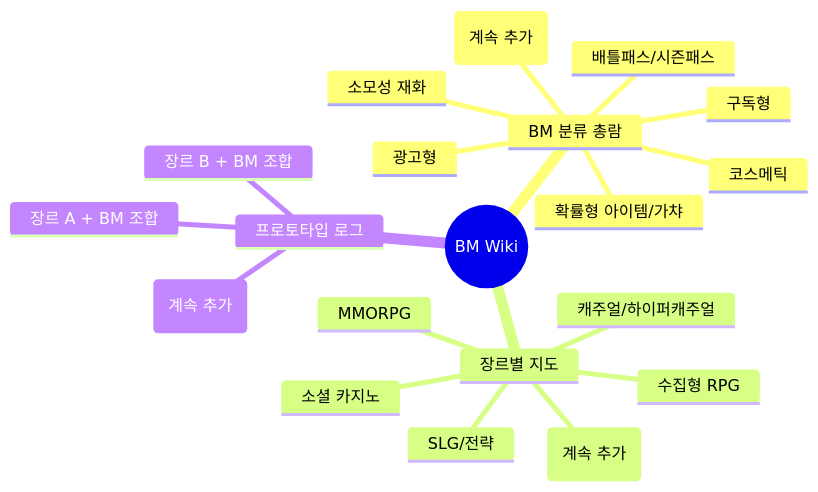
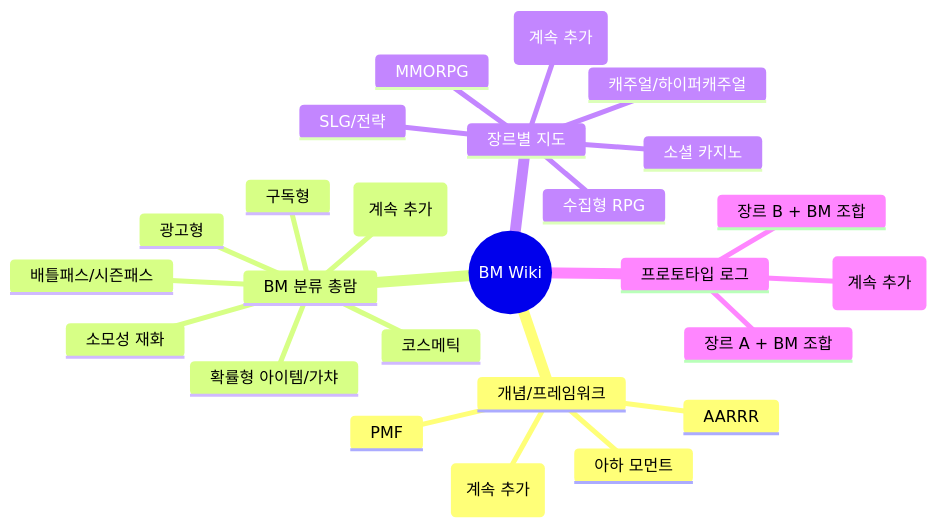
One commit to skengur95/BM_Wiki changed the diagram in docs/index.md. Above: the diagram before and after it, drawn with Mermaid. The commit also changed other lines of this file and 7 other files, not shown here.

````diff
--- a/docs/index.md
+++ b/docs/index.md
@@ -14,23 +15,28 @@
 ```mermaid
 mindmap
   root((BM Wiki))
+    개념/프레임워크
+      아하 모먼트
+      AARRR
+      PMF
+      (계속 추가)
     BM 분류 총람
       확률형 아이템/가챠
       배틀패스/시즌패스
       구독형
       광고형
       코스메틱
       소모성 재화
       (계속 추가)
     장르별 지도
       MMORPG
       수집형 RPG
       캐주얼/하이퍼캐주얼
       SLG/전략
       소셜 카지노
       (계속 추가)
     프로토타입 로그
       장르 A + BM 조합
       장르 B + BM 조합
       (계속 추가)
 ```
````
